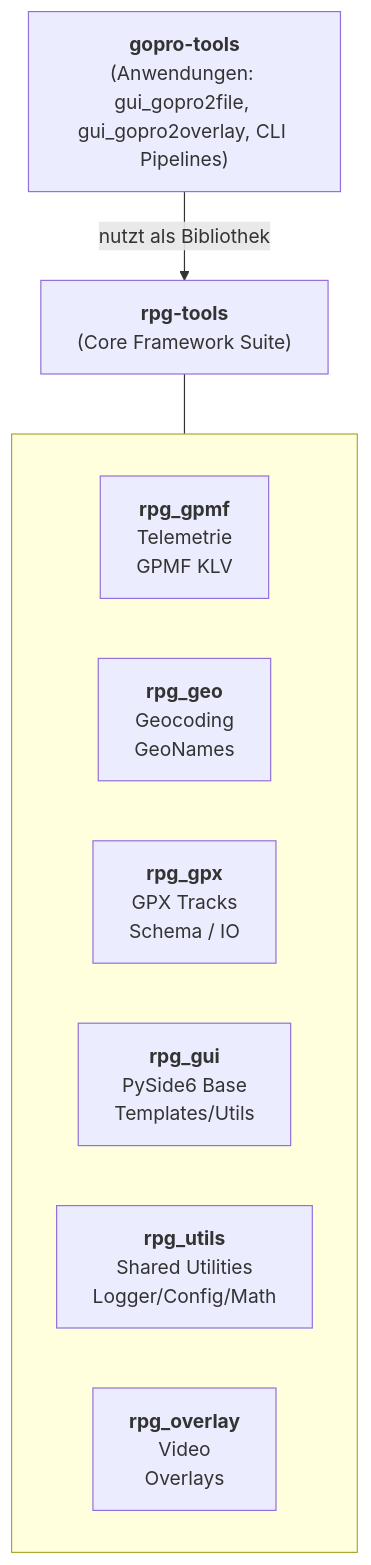
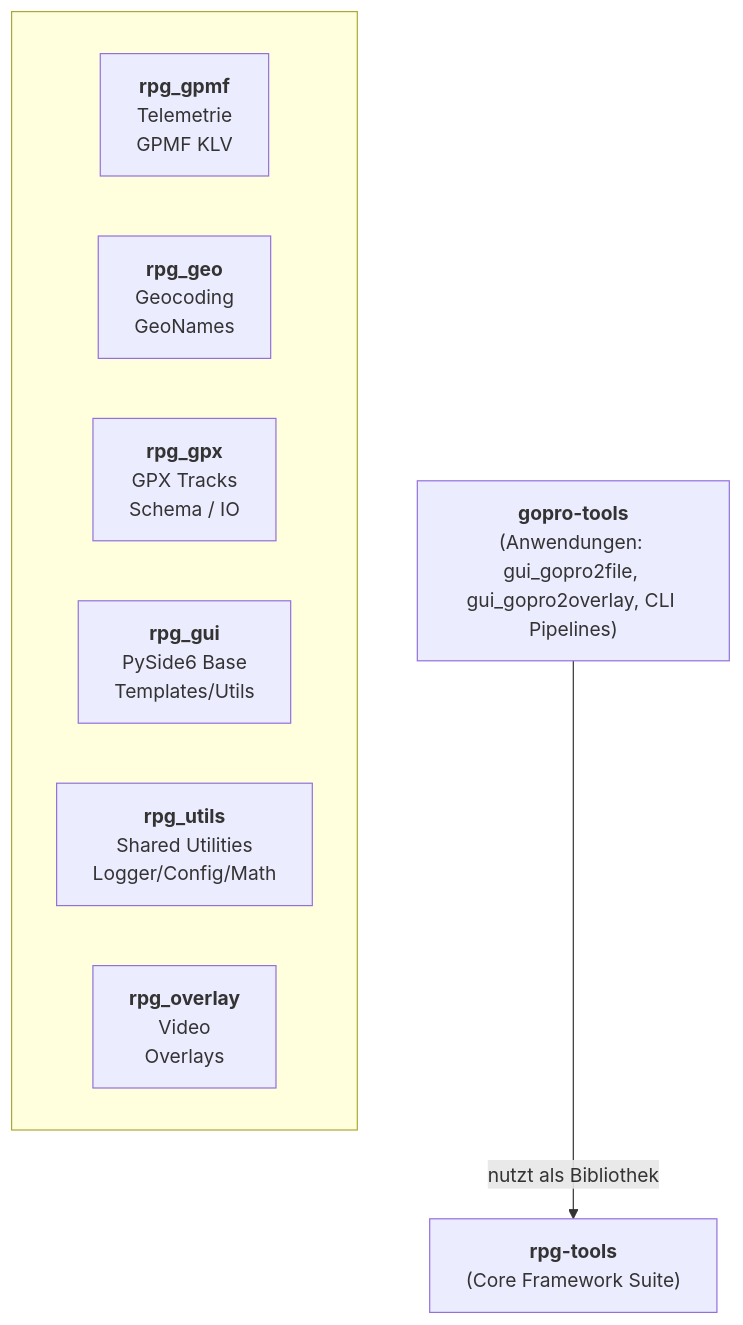
One commit to RalfPeter/rpg_gpmf changed the first of 2 diagrams in README.md. Above: the diagram before and after it, drawn with Mermaid. The commit also changed other lines of this file and 2 other files, not shown here.

Commit message:
update rpg_gpmf

````diff
--- a/README.md
+++ b/README.md
@@ -13,18 +13,17 @@
 ```mermaid
 flowchart TD
     GOPRO["<b>gopro-tools</b><br/>(Anwendungen: gui_gopro2file, gui_gopro2overlay, CLI Pipelines)"]
 
     GOPRO -->|nutzt als Bibliothek| RPG["<b>rpg-tools</b><br/>(Core Framework Suite)"]
 
     subgraph Modules [" "]
         direction LR
         M1["<b>rpg_gpmf</b><br/>Telemetrie<br/>GPMF KLV"]
         M2["<b>rpg_geo</b><br/>Geocoding<br/>GeoNames"]
         M3["<b>rpg_gpx</b><br/>GPX Tracks<br/>Schema / IO"]
         M4["<b>rpg_gui</b><br/>PySide6 Base<br/>Templates/Utils"]
         M5["<b>rpg_utils</b><br/>Shared Utilities<br/>Logger/Config/Math"]
         M6["<b>rpg_overlay</b><br/>Video<br/>Overlays"]
     end
 
-    RPG --- Modules
 ```
````
